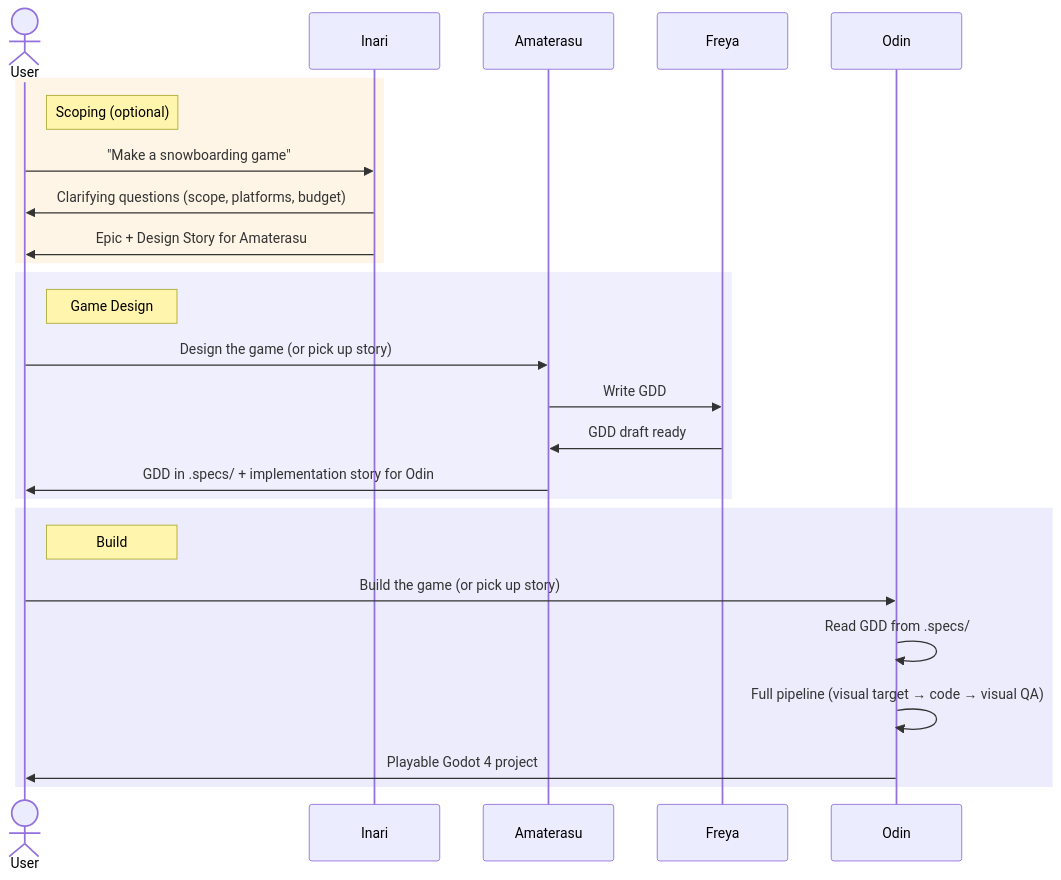
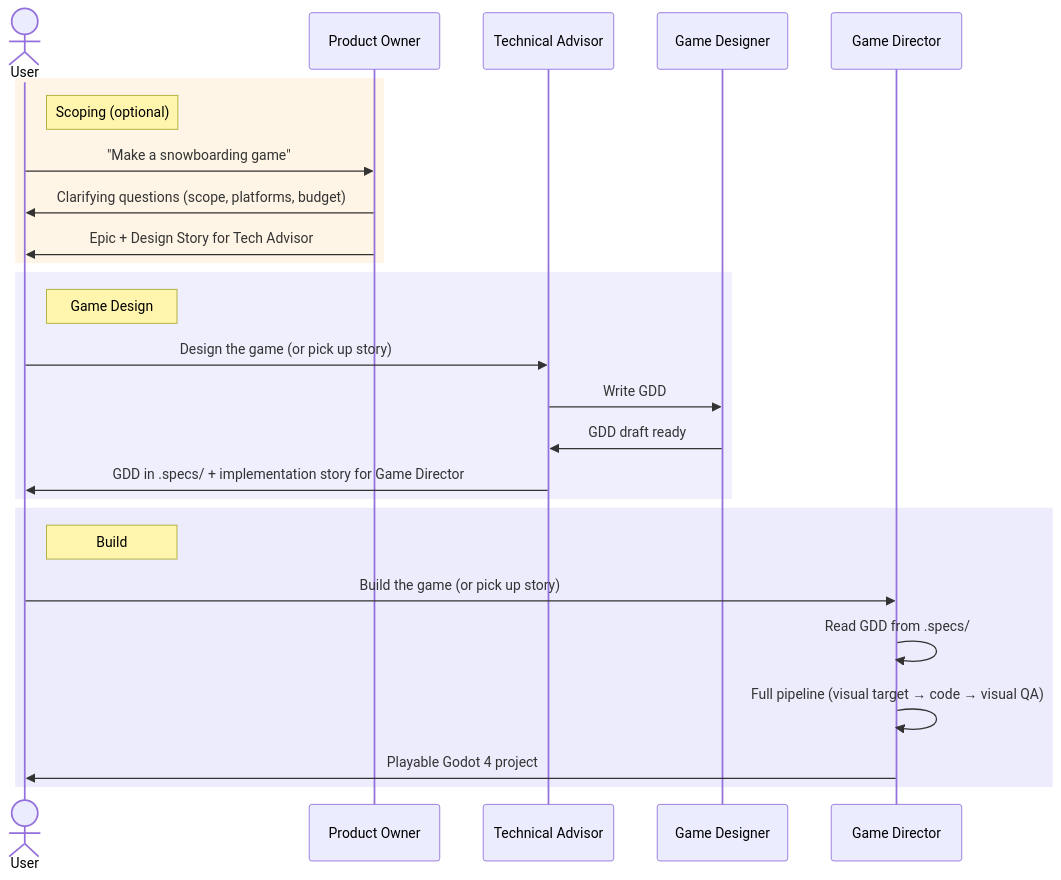
One commit to dragoscirjan/opencode-config changed the first of 2 diagrams in README_GAME_DEV.md. Above: the diagram before and after it, drawn with Mermaid. The commit also changed other lines of this file and 105 other files, not shown here.

````diff
--- a/README_GAME_DEV.md
+++ b/README_GAME_DEV.md
@@ -61,31 +61,31 @@
 ```mermaid
 sequenceDiagram
     actor User
-    participant H as Inari
-    participant A as Amaterasu
-    participant F as Freya
-    participant O as Odin
+    participant PO as Product Owner
+    participant TA as Technical Advisor
+    participant GD as Game Designer
+    participant GDir as Game Director
 
     rect rgb(245, 158, 11, 0.1)
     note right of User: Scoping (optional)
-    User->>H: "Make a snowboarding game"
-    H->>User: Clarifying questions (scope, platforms, budget)
-    H->>User: Epic + Design Story for Amaterasu
+    User->>PO: "Make a snowboarding game"
+    PO->>User: Clarifying questions (scope, platforms, budget)
+    PO->>User: Epic + Design Story for Tech Advisor
     end
 
     rect rgb(99, 102, 241, 0.1)
     note right of User: Game Design
-    User->>A: Design the game (or pick up story)
-    A->>F: Write GDD
-    F->>A: GDD draft ready
-    A->>User: GDD in .specs/ + implementation story for Odin
+    User->>TA: Design the game (or pick up story)
+    TA->>GD: Write GDD
+    GD->>TA: GDD draft ready
+    TA->>User: GDD in .specs/ + implementation story for Game Director
     end
 
     rect rgb(79, 70, 229, 0.1)
     note right of User: Build
-    User->>O: Build the game (or pick up story)
-    O->>O: Read GDD from .specs/
-    O->>O: Full pipeline (visual target → code → visual QA)
-    O->>User: Playable Godot 4 project
+    User->>GDir: Build the game (or pick up story)
+    GDir->>GDir: Read GDD from .specs/
+    GDir->>GDir: Full pipeline (visual target → code → visual QA)
+    GDir->>User: Playable Godot 4 project
     end
 ```
````
